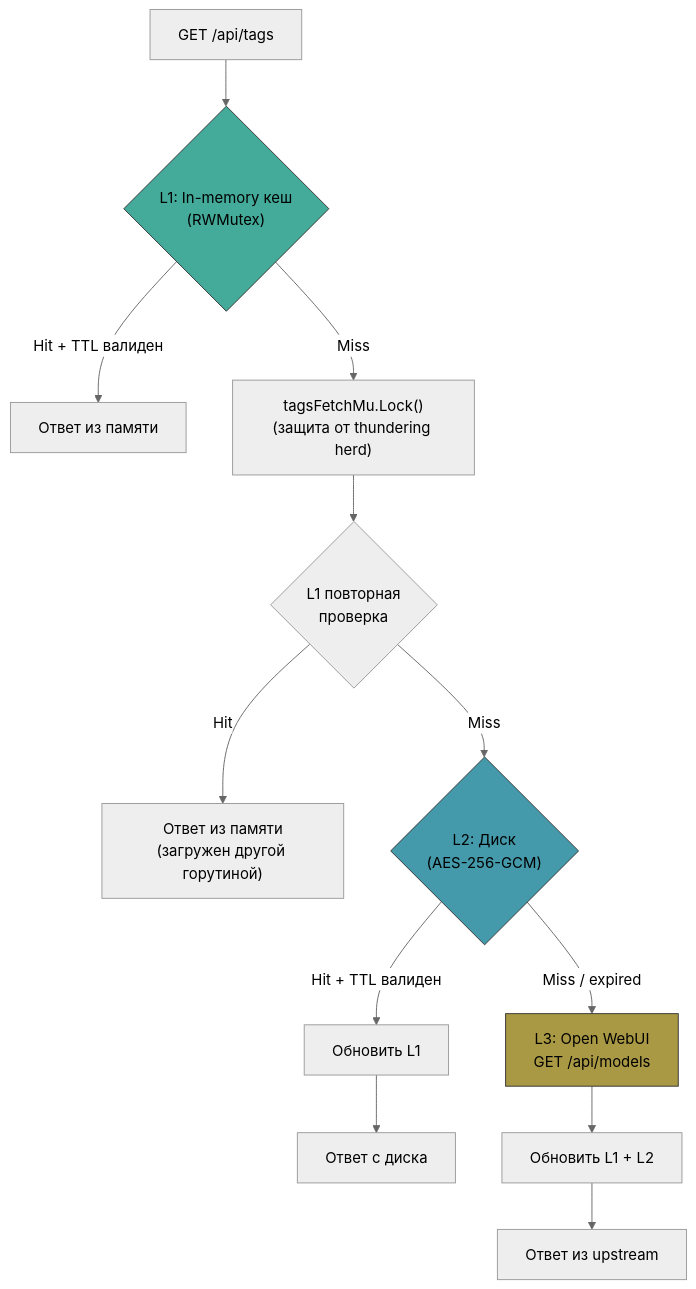
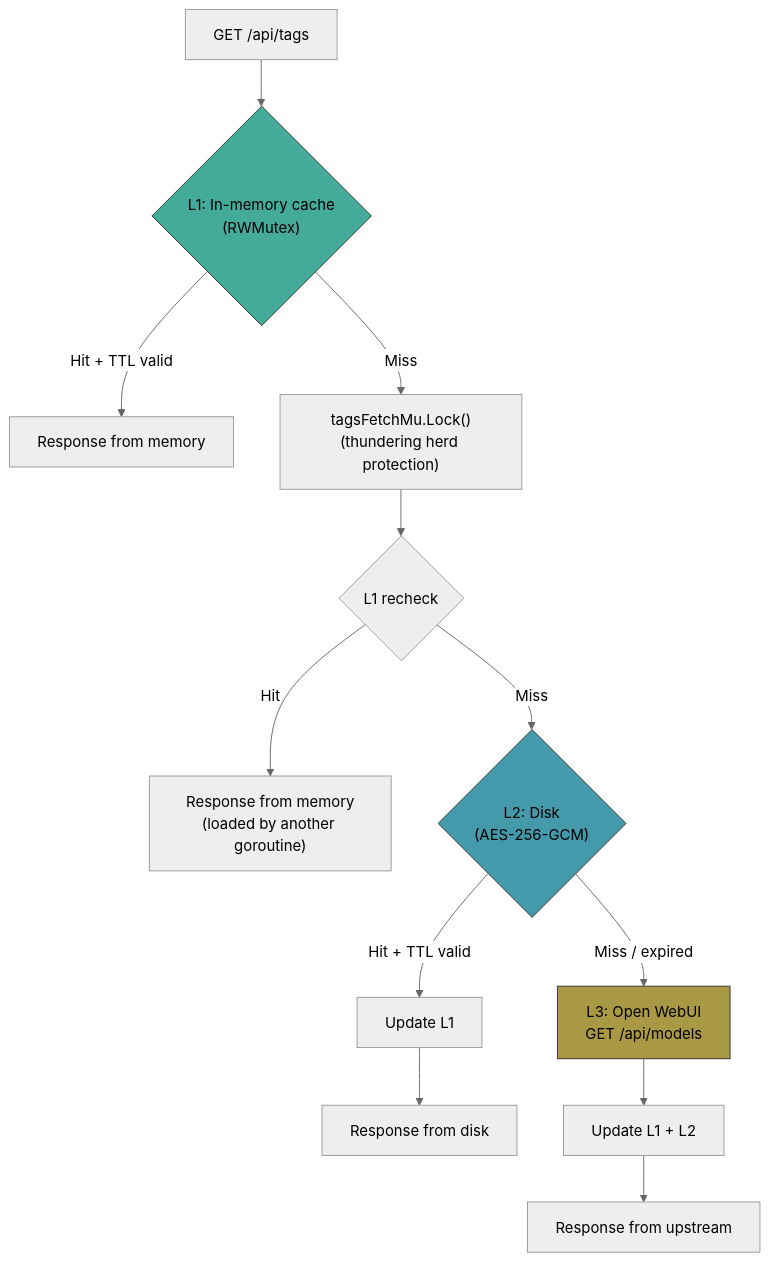
One commit to voluminor/openwebui-ollama-proxy changed the third of 7 diagrams in README.md. Above: the diagram before and after it, drawn with Mermaid (neutral theme). The commit also changed other lines of this file and 1 other file, not shown here.

Commit message:
add/all [v0.0.0]  перевод 2

````diff
--- a/README.md
+++ b/README.md
@@ -144,16 +146,16 @@
 ```mermaid
 flowchart TB
-    REQ["GET /api/tags"] --> L1{"L1: In-memory кеш\n(RWMutex)"}
-    L1 -->|Hit + TTL валиден| RES_L1["Ответ из памяти"]
-    L1 -->|Miss| LOCK["tagsFetchMu.Lock()\n(защита от thundering herd)"]
-    LOCK --> L1_RE{"L1 повторная\nпроверка"}
-    L1_RE -->|Hit| RES_L1_2["Ответ из памяти\n(загружен другой горутиной)"]
-    L1_RE -->|Miss| L2{"L2: Диск\n(AES-256-GCM)"}
-    L2 -->|Hit + TTL валиден| UPD_L1_FROM_DISK["Обновить L1"] --> RES_L2["Ответ с диска"]
+    REQ["GET /api/tags"] --> L1{"L1: In-memory cache\n(RWMutex)"}
+    L1 -->|Hit + TTL valid| RES_L1["Response from memory"]
+    L1 -->|Miss| LOCK["tagsFetchMu.Lock()\n(thundering herd protection)"]
+    LOCK --> L1_RE{"L1 recheck"}
+    L1_RE -->|Hit| RES_L1_2["Response from memory\n(loaded by another goroutine)"]
+    L1_RE -->|Miss| L2{"L2: Disk\n(AES-256-GCM)"}
+    L2 -->|Hit + TTL valid| UPD_L1_FROM_DISK["Update L1"] --> RES_L2["Response from disk"]
     L2 -->|Miss / expired| L3["L3: Open WebUI\nGET /api/models"]
-    L3 --> UPD_ALL["Обновить L1 + L2"]
-    UPD_ALL --> RES_L3["Ответ из upstream"]
+    L3 --> UPD_ALL["Update L1 + L2"]
+    UPD_ALL --> RES_L3["Response from upstream"]
     style L1 fill: #4a9, stroke: #333
     style L2 fill: #49a, stroke: #333
     style L3 fill: #a94, stroke: #333
 ```
````
